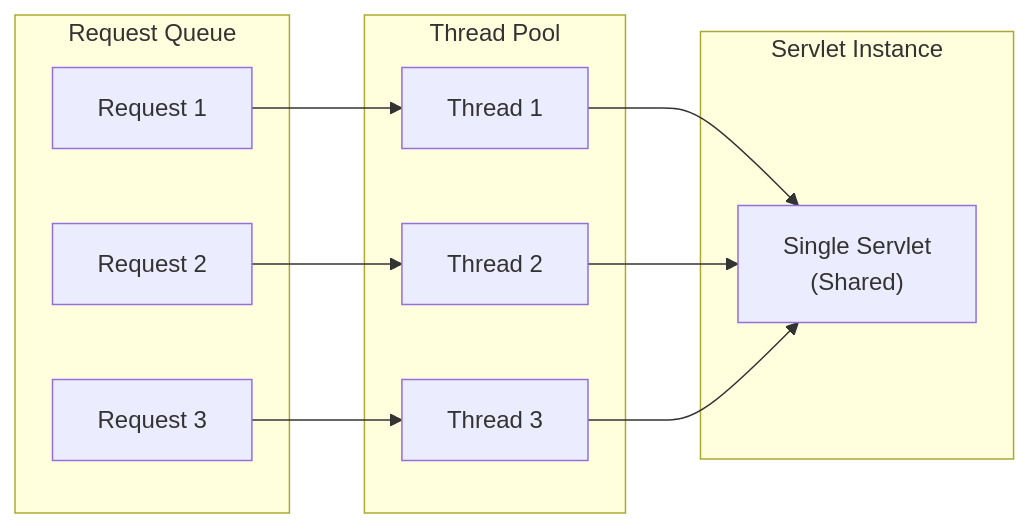
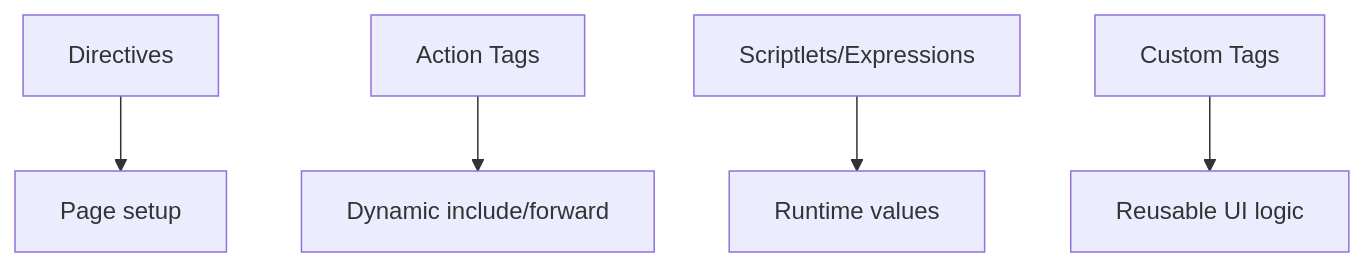
One commit to prashantnag/webtech2025.classes.prashantnag.com changed the first of 2 diagrams in lectures/lecture-24.qmd. Above: the diagram before and after it, drawn with Mermaid. The commit also changed other lines of this file and 335 other files, not shown here.

````diff
--- a/lectures/lecture-24.qmd
+++ b/lectures/lecture-24.qmd
@@ -93,26 +117,7 @@
 ```{mermaid}
-%%| fig-height: 3.5
-flowchart LR
-  subgraph Q["Request Queue"]
-    R1["Request 1"]
-    R2["Request 2"]
-    R3["Request 3"]
-  end
-  
-  subgraph T["Thread Pool"]
-    T1["Thread 1"]
-    T2["Thread 2"]
-    T3["Thread 3"]
-  end
-  
-  subgraph SI["Servlet Instance"]
-    S["Single Servlet<br/>(Shared)"]
-  end
-  
-  R1 --> T1
-  R2 --> T2
-  R3 --> T3
-  T1 --> S
-  T2 --> S
-  T3 --> S
+flowchart TD
+	D["Directives"] --> P["Page setup"]
+	A["Action Tags"] --> I["Dynamic include/forward"]
+	S["Scriptlets/Expressions"] --> R["Runtime values"]
+	C["Custom Tags"] --> U["Reusable UI logic"]
 ```
````
